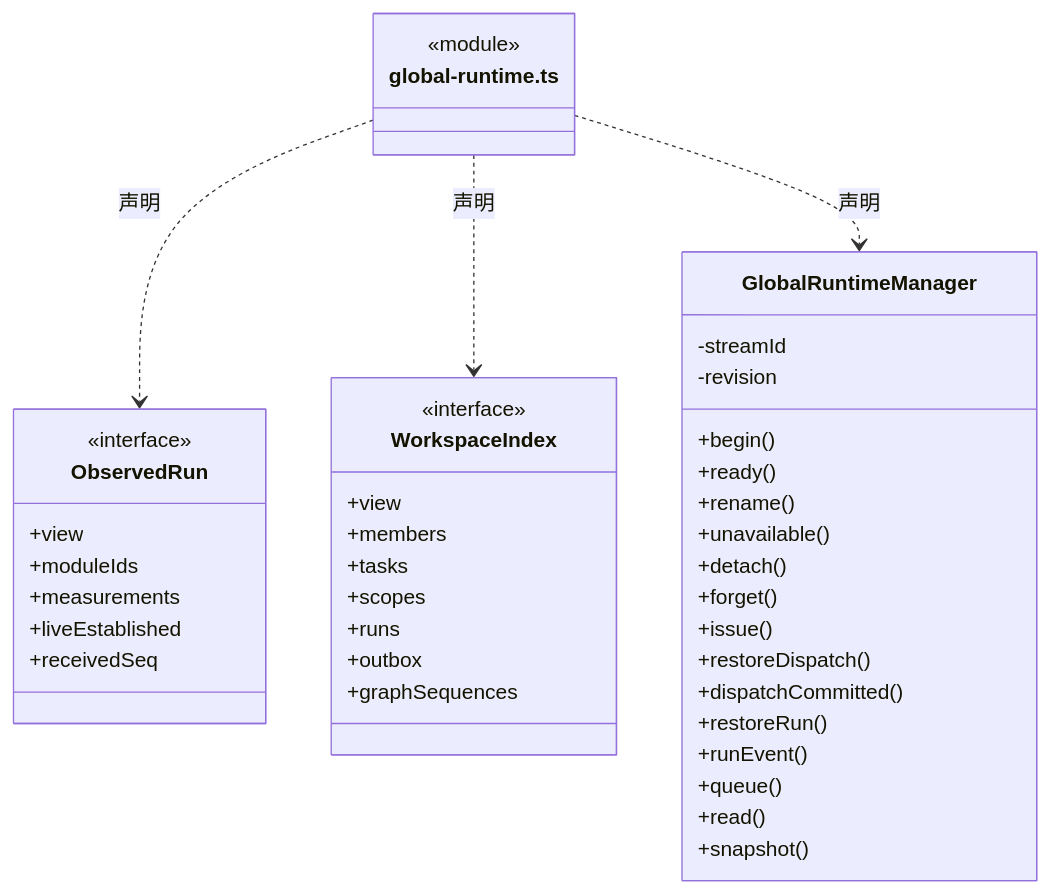
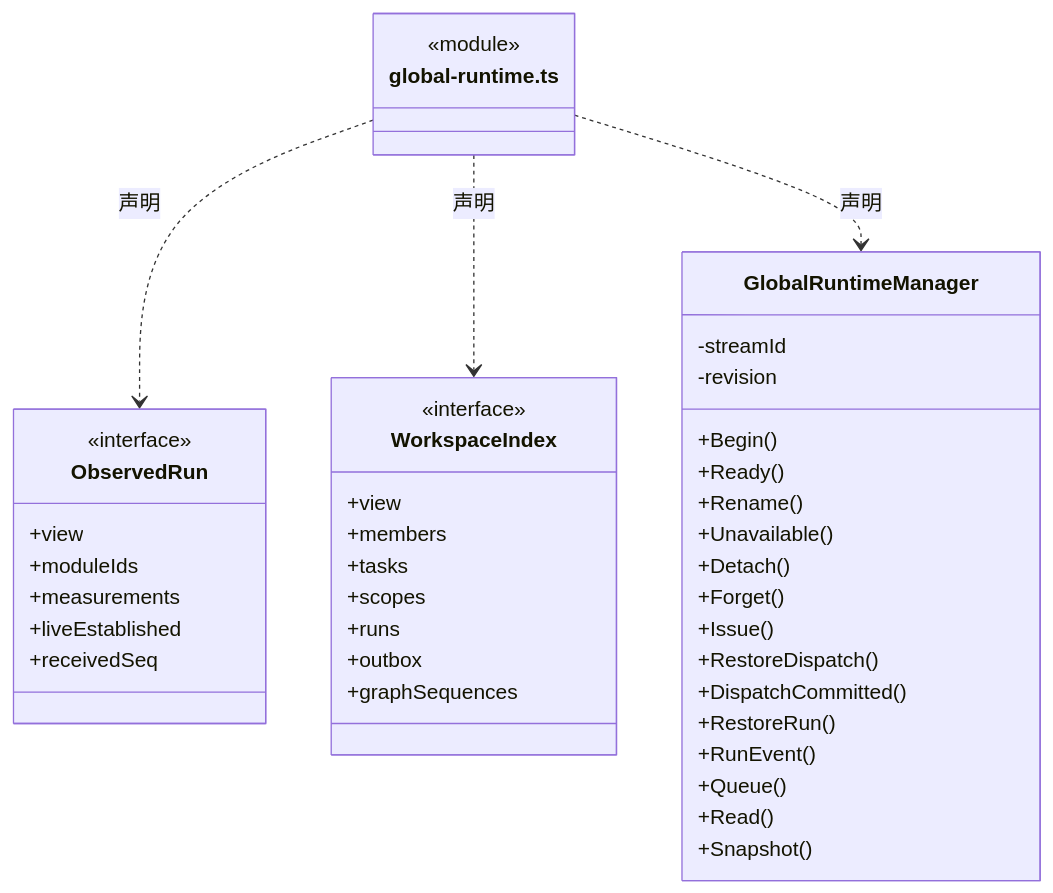
One commit to nan023062/cbim changed the first of 8 diagrams in src/logic/runtime/monitoring/ARCHITECTURE.md. Above: the diagram before and after it, drawn with Mermaid. The commit also changed other lines of this file and 1035 other files, not shown here.

````diff
--- a/src/logic/runtime/monitoring/ARCHITECTURE.md
+++ b/src/logic/runtime/monitoring/ARCHITECTURE.md
@@ -27,45 +27,45 @@
 ```mermaid
 classDiagram
 class N_src_logic_runtime_monitoring_global_runtime_ts["global-runtime.ts"] {
   <<module>>
 }
 class N_src_logic_runtime_monitoring_global_runtime_ts_ObservedRun["ObservedRun"] {
   <<interface>>
   +view
   +moduleIds
   +measurements
   +liveEstablished
   +receivedSeq
 }
 N_src_logic_runtime_monitoring_global_runtime_ts ..> N_src_logic_runtime_monitoring_global_runtime_ts_ObservedRun : 声明
 class N_src_logic_runtime_monitoring_global_runtime_ts_WorkspaceIndex["WorkspaceIndex"] {
   <<interface>>
   +view
   +members
   +tasks
   +scopes
   +runs
   +outbox
   +graphSequences
 }
 N_src_logic_runtime_monitoring_global_runtime_ts ..> N_src_logic_runtime_monitoring_global_runtime_ts_WorkspaceIndex : 声明
 class N_src_logic_runtime_monitoring_global_runtime_ts_GlobalRuntimeManager["GlobalRuntimeManager"] {
-  +begin()
-  +ready()
-  +rename()
-  +unavailable()
-  +detach()
-  +forget()
-  +issue()
-  +restoreDispatch()
-  +dispatchCommitted()
-  +restoreRun()
-  +runEvent()
-  +queue()
-  +read()
-  +snapshot()
+  +Begin()
+  +Ready()
+  +Rename()
+  +Unavailable()
+  +Detach()
+  +Forget()
+  +Issue()
+  +RestoreDispatch()
+  +DispatchCommitted()
+  +RestoreRun()
+  +RunEvent()
+  +Queue()
+  +Read()
+  +Snapshot()
   -streamId
   -revision
 }
 N_src_logic_runtime_monitoring_global_runtime_ts ..> N_src_logic_runtime_monitoring_global_runtime_ts_GlobalRuntimeManager : 声明
 ```
````
